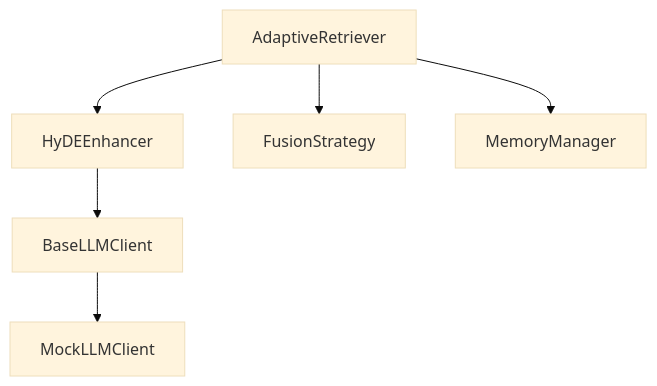
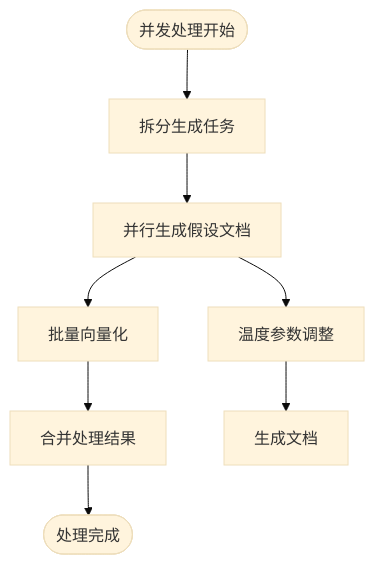
Before and after one commit to JieGaoPrinceton/NecoRAG: the sixth of 7 diagrams in .qoder/repowiki/zh/content/检索引擎模块/HyDE增强技术.md, drawn with Mermaid (base theme). The commit also changed other lines of this file and 181 other files, not shown here.

````diff
--- a/.qoder/repowiki/zh/content/检索引擎模块/HyDE增强技术.md
+++ b/.qoder/repowiki/zh/content/检索引擎模块/HyDE增强技术.md
@@ -254,8 +292,10 @@
 ```mermaid
-graph TB
-HYDE["HyDEEnhancer"] --> LLM["BaseLLMClient"]
-LLM --> MOCK["MockLLMClient"]
-RETRIEVER["AdaptiveRetriever"] --> HYDE
-RETRIEVER --> FUSION["FusionStrategy"]
-RETRIEVER --> MEM["MemoryManager"]
+flowchart TD
+Start([并发处理开始]) --> SplitTasks["拆分生成任务"]
+SplitTasks --> ParallelGen["并行生成假设文档"]
+ParallelGen --> BatchEmbed["批量向量化"]
+BatchEmbed --> CombineResults["合并处理结果"]
+CombineResults --> End([处理完成])
+ParallelGen --> TempAdjust["温度参数调整"]
+TempAdjust --> GenDoc["生成文档"]
 ```
````
